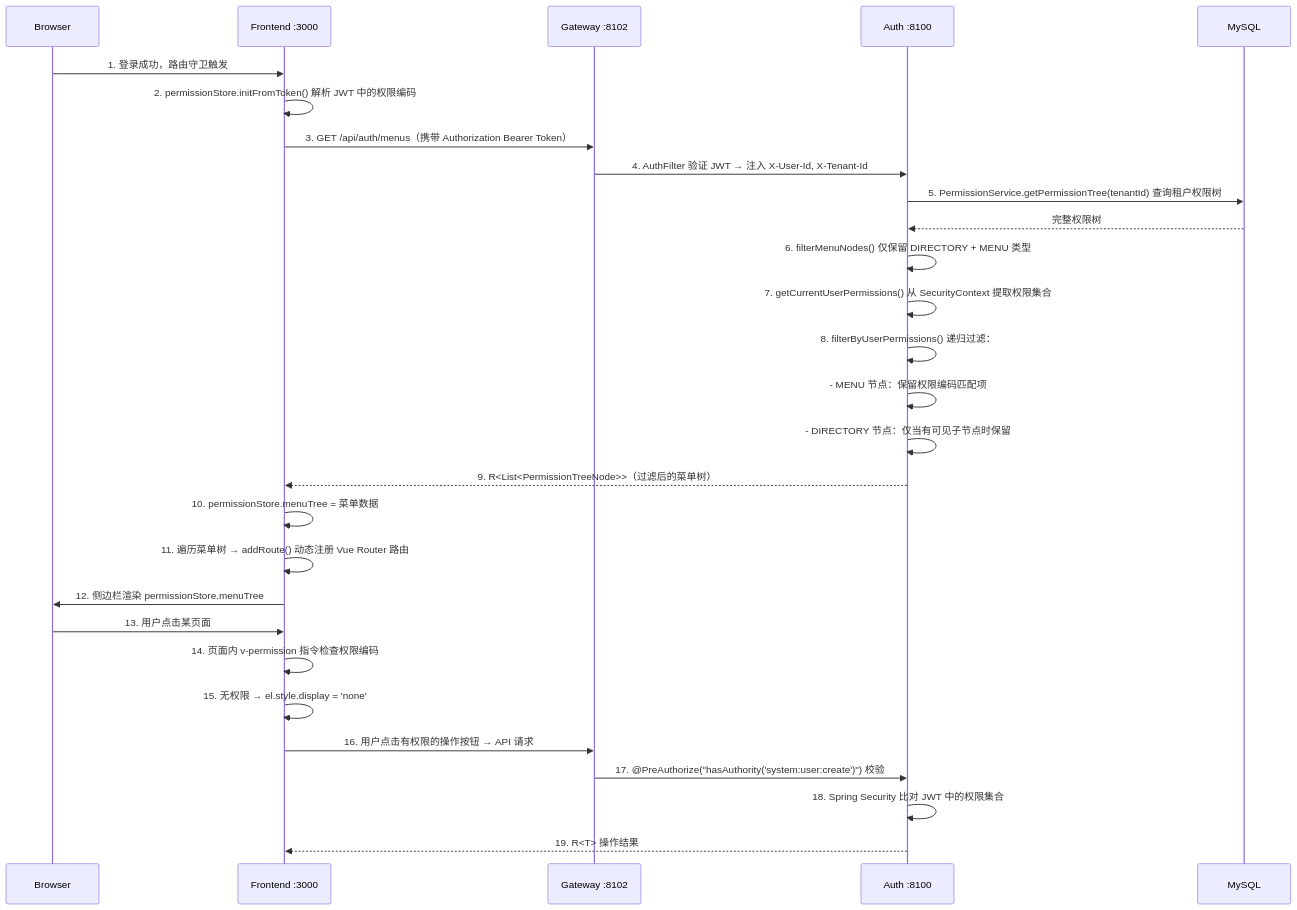
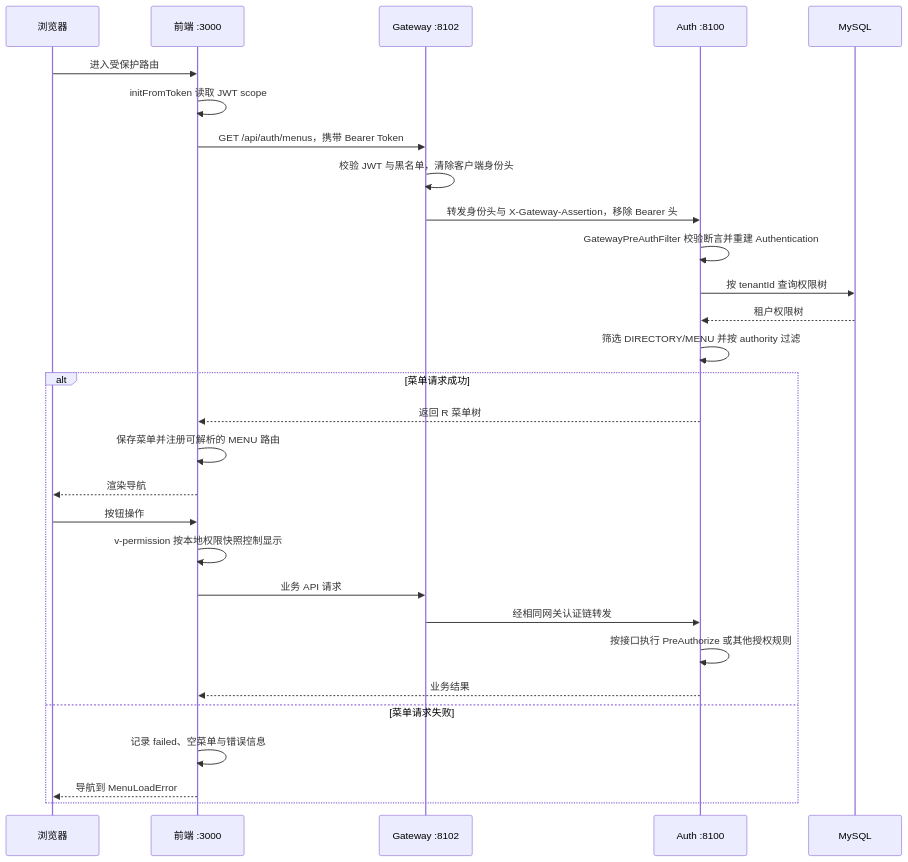
One commit to wang-baohai/Omni-Stack changed the fifth of 21 diagrams in docs/core-flows.md. Above: the diagram before and after it, drawn with Mermaid. The commit also changed other lines of this file and 1095 other files, not shown here.

````diff
--- a/docs/core-flows.md
+++ b/docs/core-flows.md
@@ -663,31 +490,31 @@
 ```mermaid
 sequenceDiagram
-    participant B as Browser
-    participant F as Frontend :3000
+    participant B as 浏览器
+    participant F as 前端 :3000
     participant G as Gateway :8102
     participant A as Auth :8100
     participant M as MySQL
-
-    B->>F: 1. 登录成功，路由守卫触发
-    F->>F: 2. permissionStore.initFromToken() 解析 JWT 中的权限编码
-    F->>G: 3. GET /api/auth/menus（携带 Authorization Bearer Token）
-    G->>A: 4. AuthFilter 验证 JWT → 注入 X-User-Id, X-Tenant-Id
-    A->>M: 5. PermissionService.getPermissionTree(tenantId) 查询租户权限树
-    M-->>A: 完整权限树
-    A->>A: 6. filterMenuNodes() 仅保留 DIRECTORY + MENU 类型
-    A->>A: 7. getCurrentUserPermissions() 从 SecurityContext 提取权限集合
-    A->>A: 8. filterByUserPermissions() 递归过滤：
-    A->>A:    - MENU 节点：保留权限编码匹配项
-    A->>A:    - DIRECTORY 节点：仅当有可见子节点时保留
-    A-->>F: 9. R<List<PermissionTreeNode>>（过滤后的菜单树）
-    F->>F: 10. permissionStore.menuTree = 菜单数据
-    F->>F: 11. 遍历菜单树 → addRoute() 动态注册 Vue Router 路由
-    F->>B: 12. 侧边栏渲染 permissionStore.menuTree
-    B->>F: 13. 用户点击某页面
-    F->>F: 14. 页面内 v-permission 指令检查权限编码
-    F->>F: 15. 无权限 → el.style.display = 'none'
-    F->>G: 16. 用户点击有权限的操作按钮 → API 请求
-    G->>A: 17. @PreAuthorize("hasAuthority('system:user:create')") 校验
-    A->>A: 18. Spring Security 比对 JWT 中的权限集合
-    A-->>F: 19. R<T> 操作结果
+    B->>F: 进入受保护路由
+    F->>F: initFromToken 读取 JWT scope
+    F->>G: GET /api/auth/menus，携带 Bearer Token
+    G->>G: 校验 JWT 与黑名单，清除客户端身份头
+    G->>A: 转发身份头与 X-Gateway-Assertion，移除 Bearer 头
+    A->>A: GatewayPreAuthFilter 校验断言并重建 Authentication
+    A->>M: 按 tenantId 查询权限树
+    M-->>A: 租户权限树
+    A->>A: 筛选 DIRECTORY/MENU 并按 authority 过滤
+    alt 菜单请求成功
+        A-->>F: 返回 R 菜单树
+        F->>F: 保存菜单并注册可解析的 MENU 路由
+        F-->>B: 渲染导航
+        B->>F: 按钮操作
+        F->>F: v-permission 按本地权限快照控制显示
+        F->>G: 业务 API 请求
+        G->>A: 经相同网关认证链转发
+        A->>A: 按接口执行 PreAuthorize 或其他授权规则
+        A-->>F: 业务结果
+    else 菜单请求失败
+        F->>F: 记录 failed、空菜单与错误信息
+        F-->>B: 导航到 MenuLoadError
+    end
 ```
````
